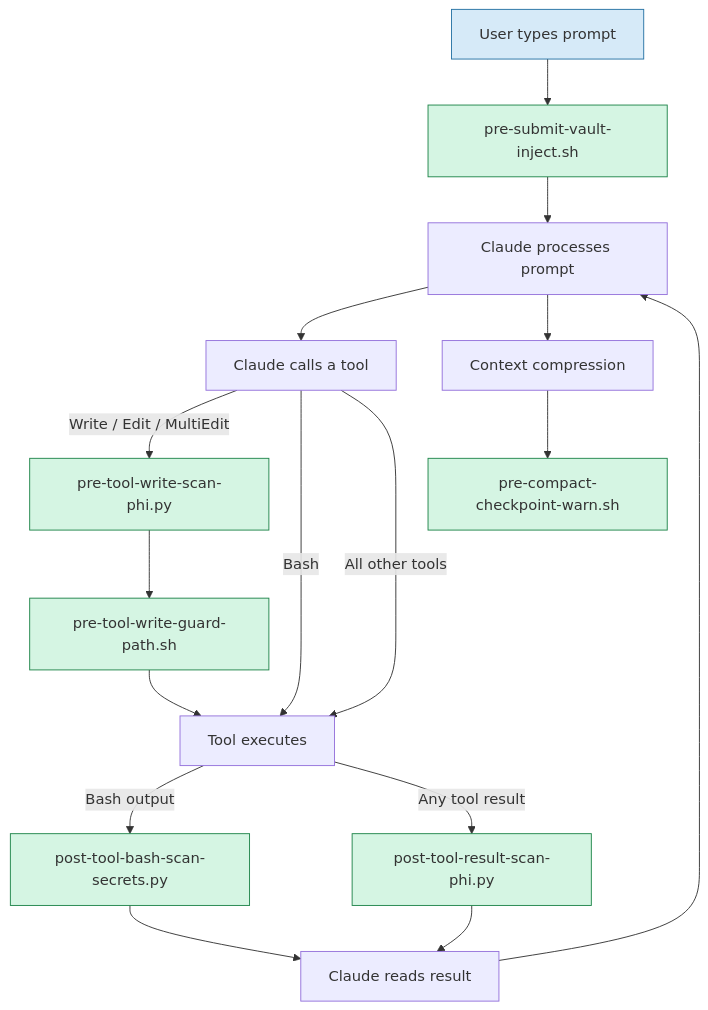
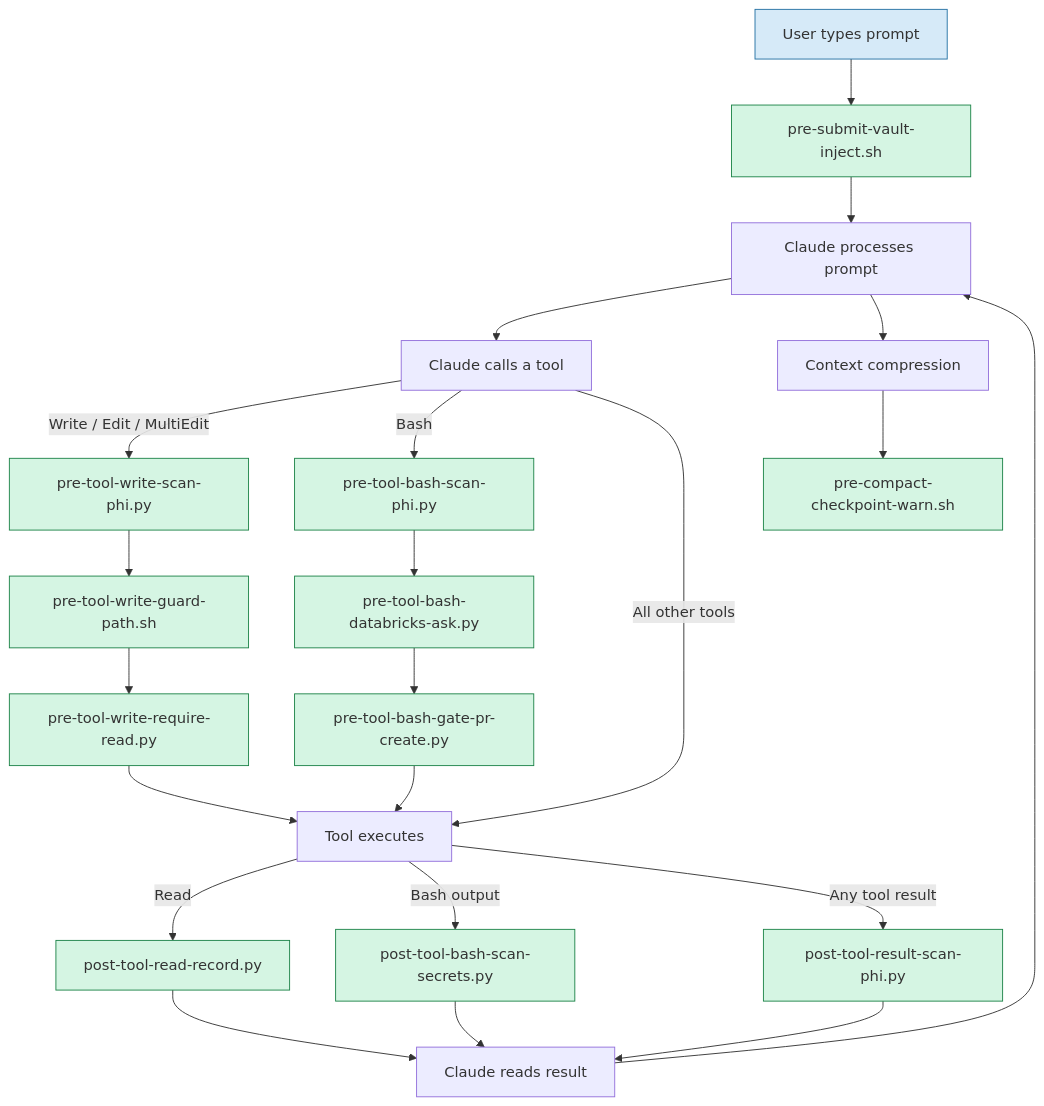
The first of 8 diagrams in docs/hooks.md (qh-dipenpatel/Arbiter), drawn with Mermaid before and after one commit. The commit also changed other lines of this file and 103 other files, not shown here.

First line of the commit message:
Add safe installer, wired hooks, code folder guard, Databricks gate and tests

````diff
--- a/docs/hooks.md
+++ b/docs/hooks.md
@@ -43,30 +45,36 @@
 ```mermaid
 flowchart TD
   classDef actor    fill:#d6eaf8,stroke:#2471a3
   classDef core     fill:#d5f5e3,stroke:#1e8449
 
   A["User types prompt"]
   B["pre-submit-vault-inject.sh"]
   C["Claude processes prompt"]
   D["Claude calls a tool"]
   E["pre-tool-write-scan-phi.py"]
   F["pre-tool-write-guard-path.sh"]
   G["Tool executes"]
   H["post-tool-bash-scan-secrets.py"]
   I["post-tool-result-scan-phi.py"]
   J["Claude reads result"]
   K["Context compression"]
   L["pre-compact-checkpoint-warn.sh"]
+  M["pre-tool-bash-scan-phi.py"]
+  N["pre-tool-bash-databricks-ask.py"]
+  O["pre-tool-bash-gate-pr-create.py"]
+  P["pre-tool-write-require-read.py"]
+  Q["post-tool-read-record.py"]
 
   A --> B --> C --> D
-  D -- "Write / Edit / MultiEdit" --> E --> F --> G
-  D -- "Bash" --> G
+  D -- "Write / Edit / MultiEdit" --> E --> F --> P --> G
+  D -- "Bash" --> M --> N --> O --> G
+  G -- "Read" --> Q --> J
   D -- "All other tools" --> G
   G -- "Bash output" --> H --> J
   G -- "Any tool result" --> I --> J
   J --> C
   C --> K --> L
 
   class A actor
-  class B,E,F,H,I,L core
+  class B,E,F,H,I,L,M,N,O,P,Q core
 ```
````
